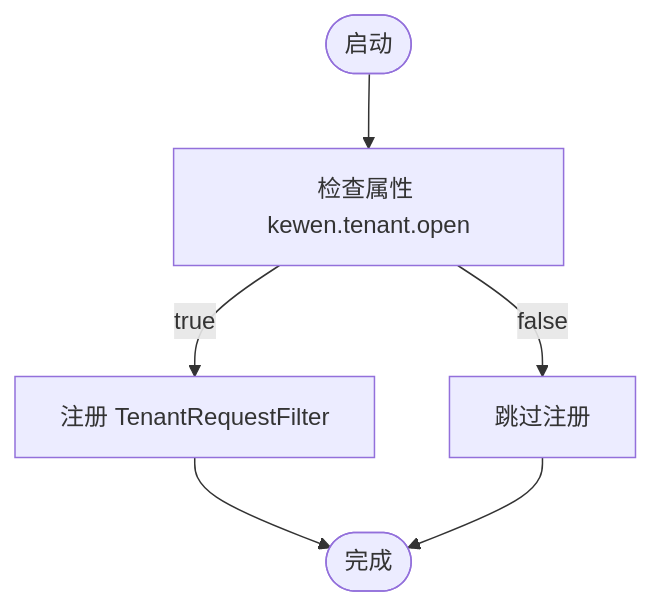
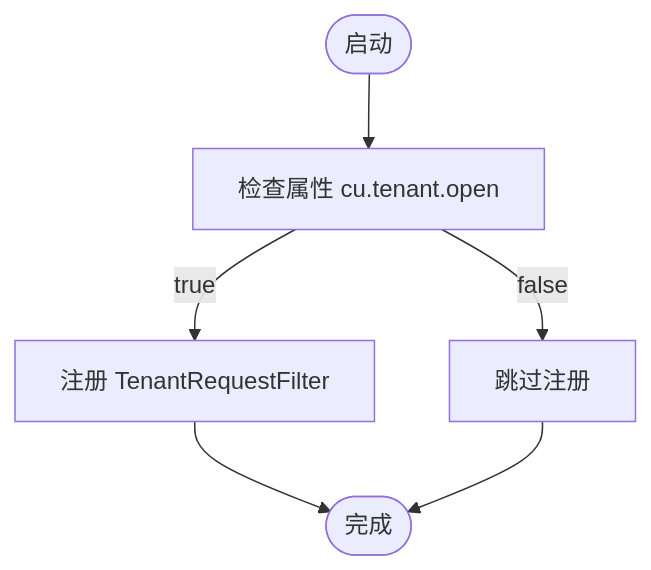
The fifth of 6 diagrams in .qoder/repowiki/zh/content/启动器模块 (boot)/启动器模块 (boot).md (LiukewenSC/kewen-framework), drawn with Mermaid before and after one commit. The commit also changed other lines of this file and 764 other files, not shown here.

````diff
--- a/.qoder/repowiki/zh/content/启动器模块 (boot)/启动器模块 (boot).md
+++ b/.qoder/repowiki/zh/content/启动器模块 (boot)/启动器模块 (boot).md
@@ -195,8 +195,8 @@
 ```mermaid
 flowchart TD
-Start(["启动"]) --> Check["检查属性 kewen.tenant.open"]
+Start(["启动"]) --> Check["检查属性 cu.tenant.open"]
 Check --> |true| Enable["注册 TenantRequestFilter"]
 Check --> |false| Skip["跳过注册"]
 Enable --> End(["完成"])
 Skip --> End
 ```
````
